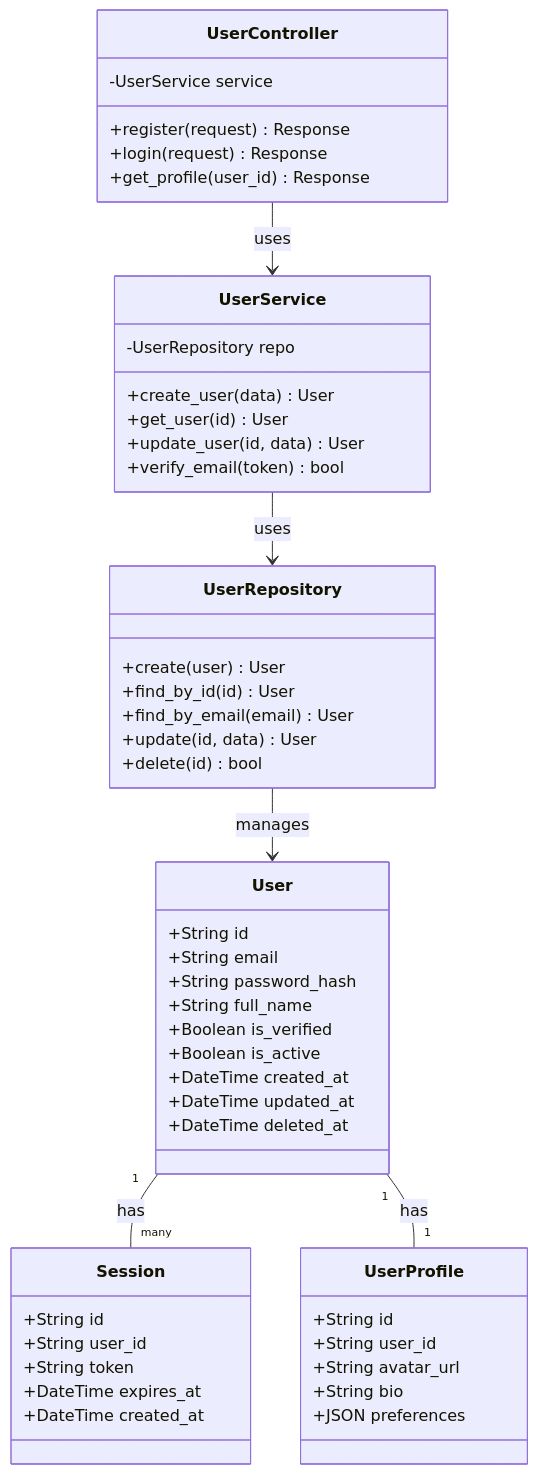
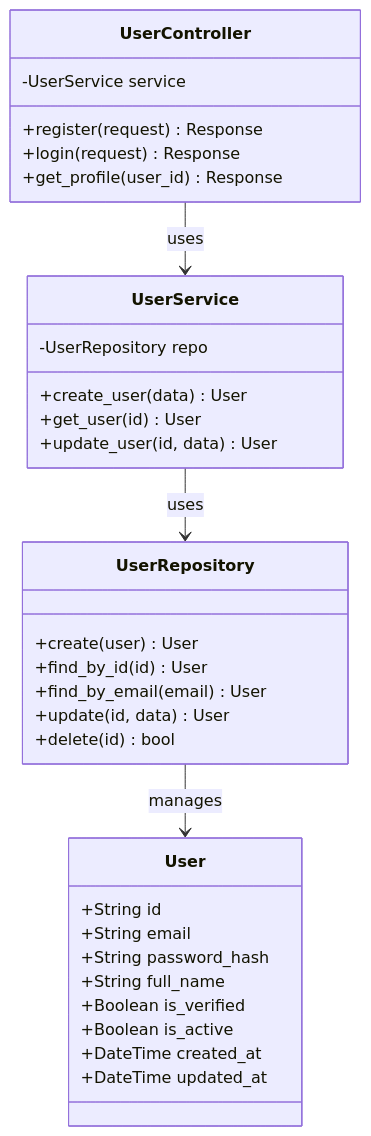
The first of 3 diagrams in Template/Documentation/LLD.md (DeveshNegi123/Template), drawn with Mermaid before and after one commit. The commit also changed other lines of this file, not shown here.

````diff
--- a/Template/Documentation/LLD.md
+++ b/Template/Documentation/LLD.md
@@ -408,59 +297,39 @@
 ```mermaid
 classDiagram
     class User {
         +String id
         +String email
         +String password_hash
         +String full_name
         +Boolean is_verified
         +Boolean is_active
         +DateTime created_at
         +DateTime updated_at
-        +DateTime deleted_at
-    }
-    
-    class Session {
-        +String id
-        +String user_id
-        +String token
-        +DateTime expires_at
-        +DateTime created_at
-    }
-    
-    class UserProfile {
-        +String id
-        +String user_id
-        +String avatar_url
-        +String bio
-        +JSON preferences
     }
     
     class UserRepository {
         +create(user) User
         +find_by_id(id) User
         +find_by_email(email) User
         +update(id, data) User
         +delete(id) bool
     }
     
     class UserService {
         -UserRepository repo
         +create_user(data) User
         +get_user(id) User
         +update_user(id, data) User
-        +verify_email(token) bool
     }
     
     class UserController {
         -UserService service
         +register(request) Response
         +login(request) Response
         +get_profile(user_id) Response
     }
     
-    User "1" -- "many" Session : has
-    User "1" -- "1" UserProfile : has
     UserRepository --> User : manages
     UserService --> UserRepository : uses
     UserController --> UserService : uses
 ```
````
